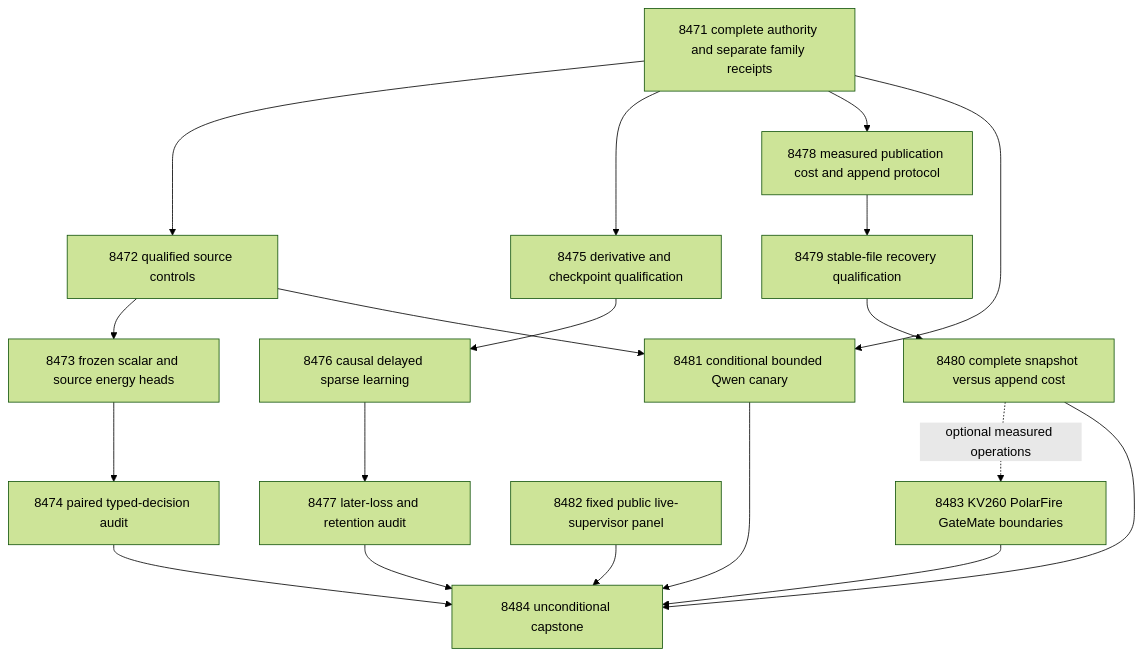
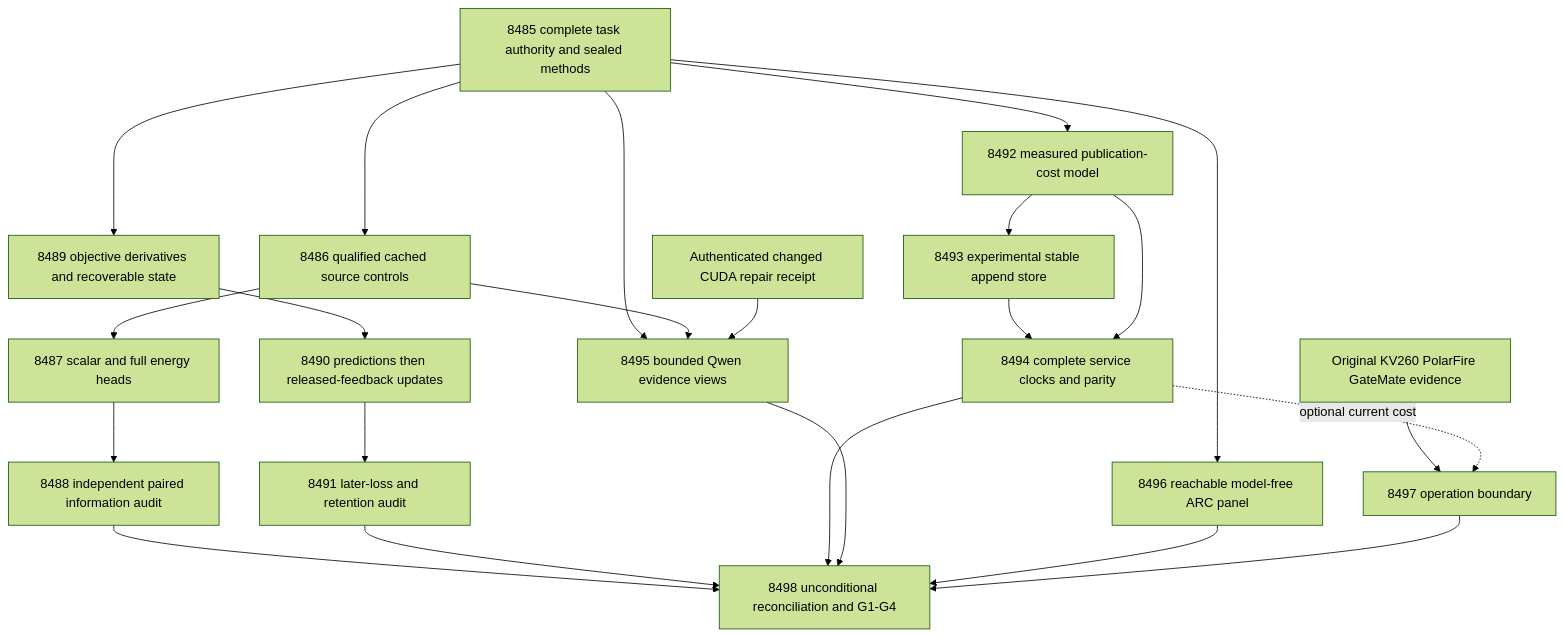
Before and after one commit to Carnot-EBM/carnot-ebm: the diagram in openspec/change-proposals/research-roadmap-vNEXT.md, drawn with Mermaid (forest theme). The commit also changed other lines of this file and 16 other files, not shown here.

````diff
--- a/openspec/change-proposals/research-roadmap-vNEXT.md
+++ b/openspec/change-proposals/research-roadmap-vNEXT.md
@@ -96,21 +56,25 @@
 ```mermaid
 flowchart TD
-    A[8471 complete authority and separate family receipts] --> S[8472 qualified source controls]
-    S --> F[8473 frozen scalar and source energy heads]
-    F --> D[8474 paired typed-decision audit]
-    A --> Q[8475 derivative and checkpoint qualification]
-    Q --> L[8476 causal delayed sparse learning]
-    L --> R[8477 later-loss and retention audit]
-    A --> P[8478 measured publication cost and append protocol]
-    P --> J[8479 stable-file recovery qualification]
-    J --> C[8480 complete snapshot versus append cost]
-    A --> G[8481 conditional bounded Qwen canary]
-    S --> G
-    V[8482 fixed public live-supervisor panel] --> Z[8484 unconditional capstone]
-    C -. optional measured operations .-> B[8483 KV260 PolarFire GateMate boundaries]
-    D --> Z
-    R --> Z
-    C --> Z
-    G --> Z
-    B --> Z
+  A[8485 complete task authority and sealed methods] --> B[8486 qualified cached source controls]
+  B --> C[8487 scalar and full energy heads]
+  C --> D[8488 independent paired information audit]
+  A --> E[8489 objective derivatives and recoverable state]
+  E --> F[8490 predictions then released-feedback updates]
+  F --> G[8491 later-loss and retention audit]
+  A --> H[8492 measured publication-cost model]
+  H --> I[8493 experimental stable append store]
+  I --> J[8494 complete service clocks and parity]
+  H --> J
+  A --> K[8495 bounded Qwen evidence views]
+  B --> K
+  R[Authenticated changed CUDA repair receipt] --> K
+  A --> L[8496 reachable model-free ARC panel]
+  M[Original KV260 PolarFire GateMate evidence] --> N[8497 operation boundary]
+  J -. optional current cost .-> N
+  D --> Z[8498 unconditional reconciliation and G1-G4]
+  G --> Z
+  J --> Z
+  K --> Z
+  L --> Z
+  N --> Z
 ```
````
